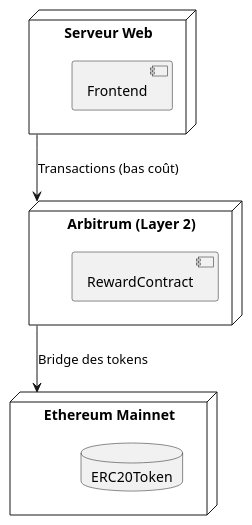
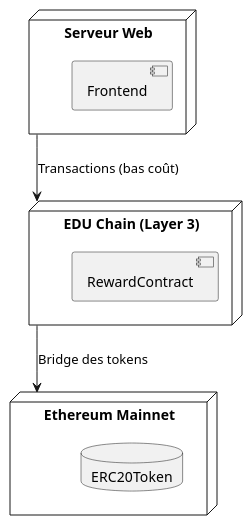
Before and after one commit to ErwanDerrien/EtudeDeCas: the diagram in DiagrammesArchitecture/Deployment_Diagram.puml, drawn with PlantUML. The commit also changed 10 other files, not shown here.

```diff
--- a/DiagrammesArchitecture/Deployment_Diagram.puml
+++ b/DiagrammesArchitecture/Deployment_Diagram.puml
@@ -1,16 +1,16 @@
 @startuml Deployment_Diagram
 node "Serveur Web" as web {
   component "Frontend"
 }
 
 node "Ethereum Mainnet" as mainnet {
   database "ERC20Token"
 }
 
-node "Arbitrum (Layer 2)" as l2 {
+node "EDU Chain (Layer 3)" as l3 {
   component "RewardContract"
 }
 
-web --> l2 : "Transactions (bas coût)"
-l2 --> mainnet : "Bridge des tokens"
+web --> l3 : "Transactions (bas coût)"
+l3 --> mainnet : "Bridge des tokens"
 @enduml
```
